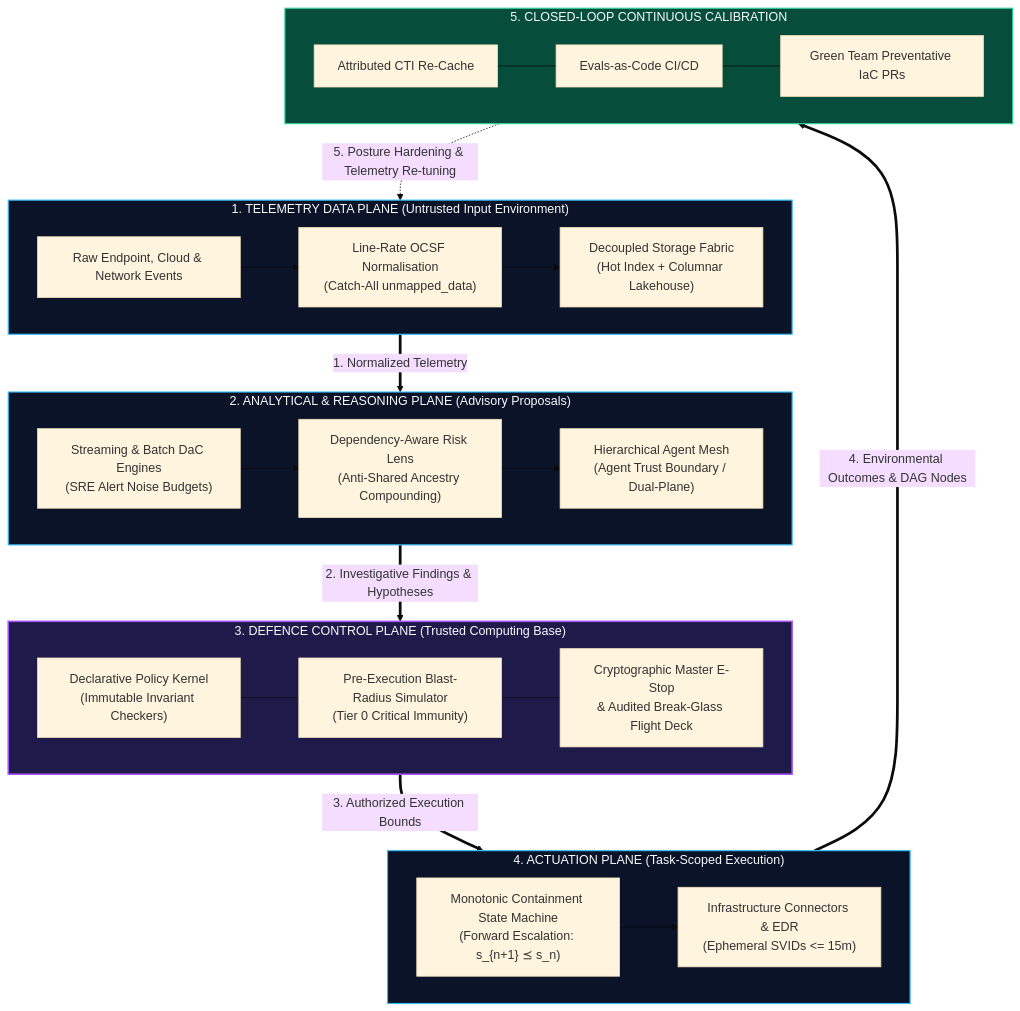
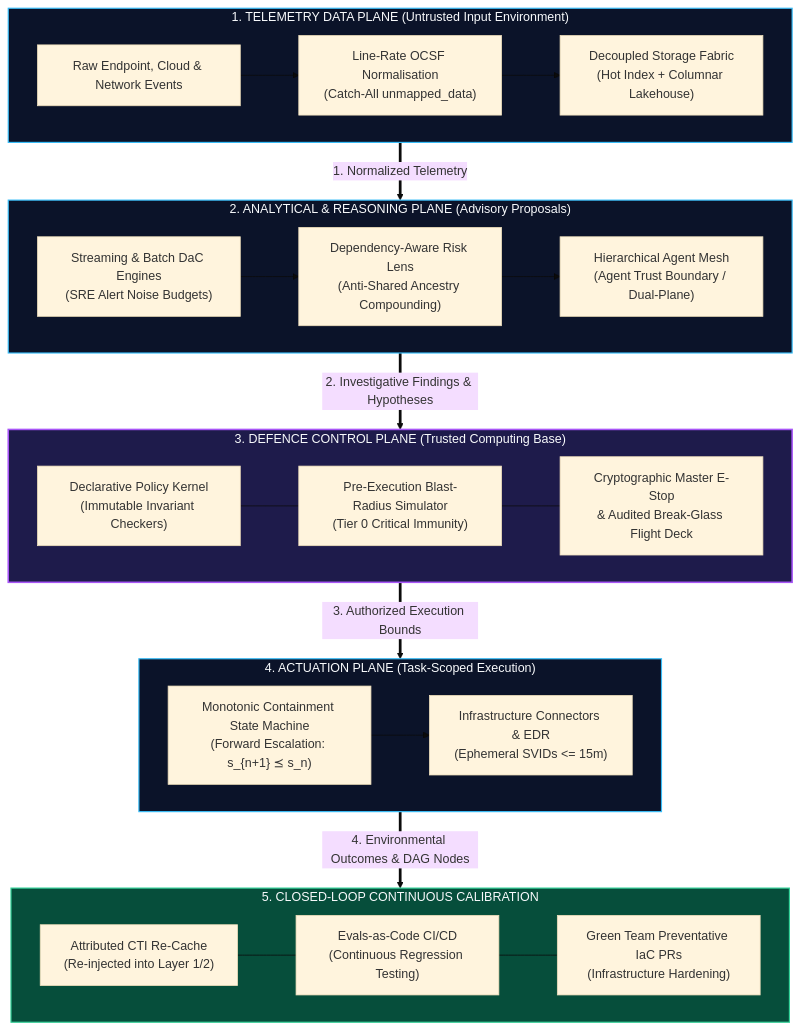
The first of 2 diagrams in docs/index.md (Haribu/TIDIR), drawn with Mermaid (base theme) before and after one commit. The commit also changed other lines of this file and 2 other files, not shown here.

Commit message:
fix(diagrams): enforce sequential subgraph numbering and eliminate dagre rank inversion

````diff
--- a/docs/index.md
+++ b/docs/index.md
@@ -56,45 +56,44 @@
 ```mermaid
 flowchart TB
     %% Styling Classes
     classDef plane fill:#0b1329,stroke:#38bdf8,stroke-width:1.5px,color:#f8fafc;
     classDef kernel fill:#1e1b4b,stroke:#a855f7,stroke-width:2px,color:#f8fafc;
     classDef feedback fill:#064e3b,stroke:#34d399,stroke-width:1.5px,color:#f8fafc;
 
     subgraph DP ["1. TELEMETRY DATA PLANE (Untrusted Input Environment)"]
         direction LR
         P1_RAW["Raw Endpoint, Cloud & Network Events"] --> P1_NORM["Line-Rate OCSF Normalisation\n(Catch-All unmapped_data)"]
         P1_NORM --> P1_LAKE["Decoupled Storage Fabric\n(Hot Index + Columnar Lakehouse)"]
     end
 
     subgraph AP ["2. ANALYTICAL & REASONING PLANE (Advisory Proposals)"]
         direction LR
         P2_DET["Streaming & Batch DaC Engines\n(SRE Alert Noise Budgets)"] --> P2_BAYES["Dependency-Aware Risk Lens\n(Anti-Shared Ancestry Compounding)"]
         P2_BAYES --> P2_AGENT["Hierarchical Agent Mesh\n(Agent Trust Boundary / Dual-Plane)"]
     end
 
     subgraph DCP ["3. DEFENCE CONTROL PLANE (Trusted Computing Base)"]
         direction LR
         P3_POL["Declarative Policy Kernel\n(Immutable Invariant Checkers)"] --- P3_SIM["Pre-Execution Blast-Radius Simulator\n(Tier 0 Critical Immunity)"]
         P3_SIM --- P3_ESTOP["Cryptographic Master E-Stop\n& Audited Break-Glass Flight Deck"]
     end
 
     subgraph ACT ["4. ACTUATION PLANE (Task-Scoped Execution)"]
         direction LR
         P4_SAGA["Monotonic Containment State Machine\n(Forward Escalation: s_{n+1} ⪯ s_n)"] --> P4_EXEC["Infrastructure Connectors & EDR\n(Ephemeral SVIDs <= 15m)"]
     end
 
     subgraph FB ["5. CLOSED-LOOP CONTINUOUS CALIBRATION"]
         direction LR
-        FB_FEED["Attributed CTI Re-Cache"] --- FB_EVAL["Evals-as-Code CI/CD"] --- FB_GREEN["Green Team Preventative IaC PRs"]
+        FB_FEED["Attributed CTI Re-Cache\n(Re-injected into Layer 1/2)"] --- FB_EVAL["Evals-as-Code CI/CD\n(Continuous Regression Testing)"] --- FB_GREEN["Green Team Preventative IaC PRs\n(Infrastructure Hardening)"]
     end
 
     DP ==>|1. Normalized Telemetry| AP
     AP ==>|2. Investigative Findings & Hypotheses| DCP
     DCP ==>|3. Authorized Execution Bounds| ACT
     ACT ==>|4. Environmental Outcomes & DAG Nodes| FB
-    FB -.->|5. Posture Hardening & Telemetry Re-tuning| DP
 
     class DP,AP,ACT plane;
     class DCP kernel;
     class FB feedback;
 ```
````
